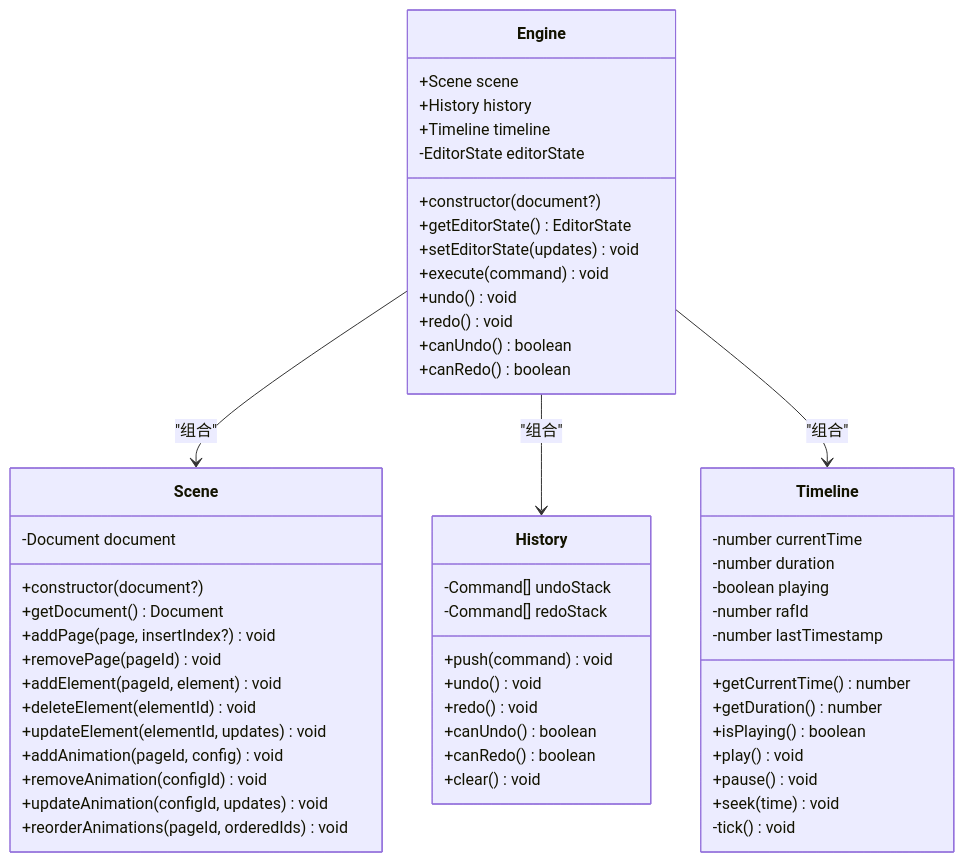
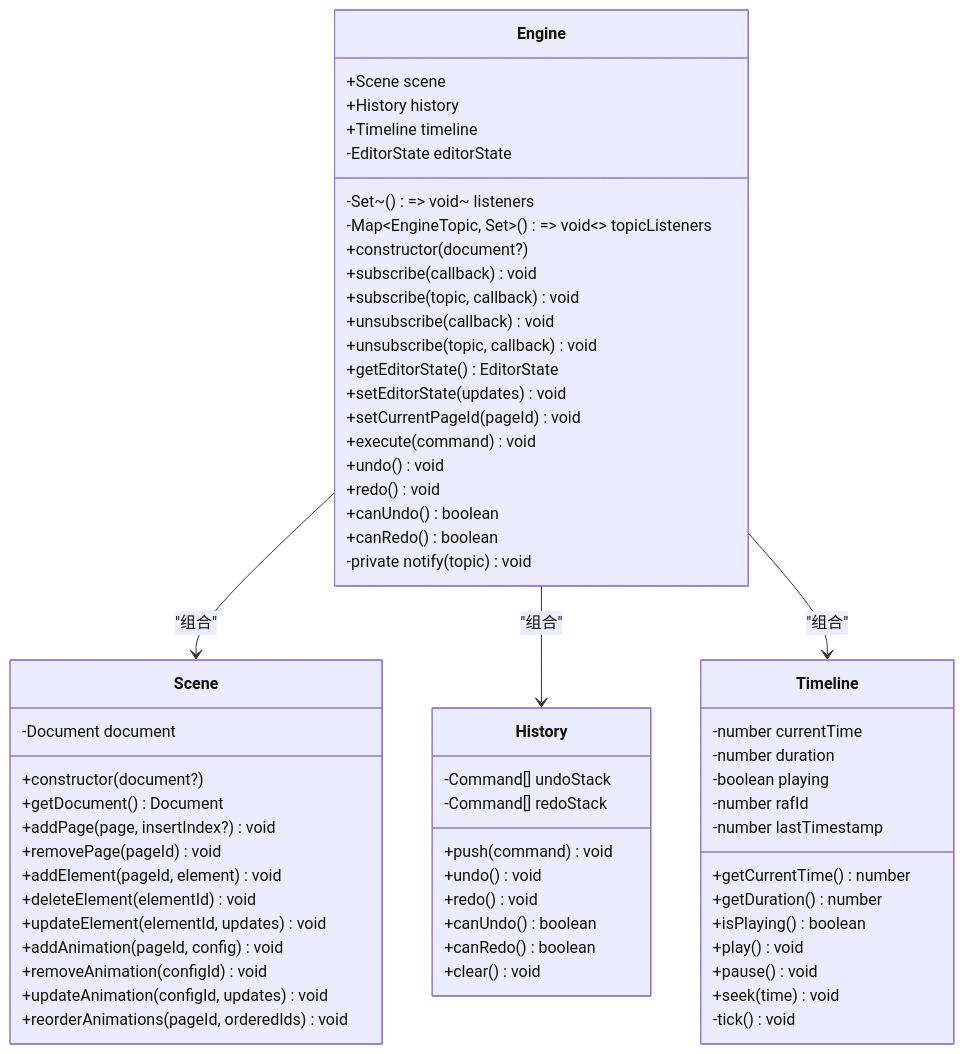
The second of 18 diagrams in .qoder/repowiki/zh/content/引擎系统/核心引擎.md (Anna0314zy/ai_editor_enginer), drawn with Mermaid before and after one commit. The commit also changed other lines of this file and 25 other files, not shown here.

````diff
--- a/.qoder/repowiki/zh/content/引擎系统/核心引擎.md
+++ b/.qoder/repowiki/zh/content/引擎系统/核心引擎.md
@@ -91,58 +106,66 @@
 ```mermaid
 classDiagram
 class Engine {
 +Scene scene
 +History history
 +Timeline timeline
 -EditorState editorState
+-Set~() => void~ listeners
+-Map~EngineTopic, Set~() => void~~ topicListeners
 +constructor(document?)
++subscribe(callback) void
++subscribe(topic, callback) void
++unsubscribe(callback) void
++unsubscribe(topic, callback) void
 +getEditorState() EditorState
 +setEditorState(updates) void
++setCurrentPageId(pageId) void
 +execute(command) void
 +undo() void
 +redo() void
 +canUndo() boolean
 +canRedo() boolean
+-private notify(topic) void
 }
 class Scene {
 -Document document
 +constructor(document?)
 +getDocument() Document
 +addPage(page, insertIndex?) void
 +removePage(pageId) void
 +addElement(pageId, element) void
 +deleteElement(elementId) void
 +updateElement(elementId, updates) void
 +addAnimation(pageId, config) void
 +removeAnimation(configId) void
 +updateAnimation(configId, updates) void
 +reorderAnimations(pageId, orderedIds) void
 }
 class History {
 -Command[] undoStack
 -Command[] redoStack
 +push(command) void
 +undo() void
 +redo() void
 +canUndo() boolean
 +canRedo() boolean
 +clear() void
 }
 class Timeline {
 -number currentTime
 -number duration
 -boolean playing
 -number rafId
 -number lastTimestamp
 +getCurrentTime() number
 +getDuration() number
 +isPlaying() boolean
 +play() void
 +pause() void
 +seek(time) void
 -tick() void
 }
 Engine --> Scene : "组合"
 Engine --> History : "组合"
 Engine --> Timeline : "组合"
 ```
````
